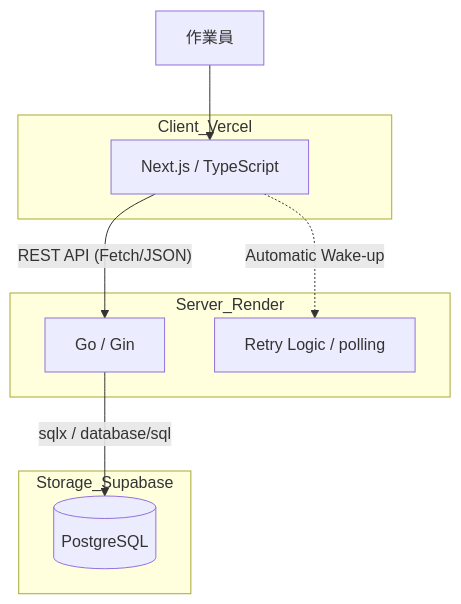
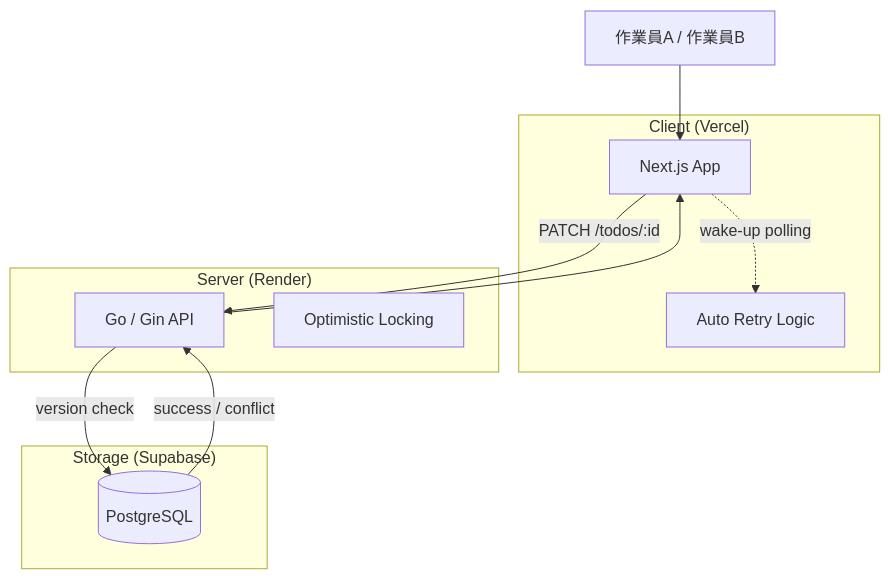
The first of 2 diagrams in README.md (Everybodyhappyok4416/standard-operating-procedures), drawn with Mermaid before and after one commit. The commit also changed other lines of this file and 7 other files, not shown here.

````diff
--- a/README.md
+++ b/README.md
@@ -27,20 +35,23 @@
 ```mermaid
 graph TD
-    subgraph Client_Vercel
-        FE[Next.js / TypeScript]
+    subgraph "Client (Vercel)"
+        FE[Next.js App]
+        Retry[Auto Retry Logic]
     end
 
-    subgraph Server_Render
-        BE[Go / Gin]
-        RE[Retry Logic / polling]
+    subgraph "Server (Render)"
+        BE[Go / Gin API]
+        Lock[Optimistic Locking]
     end
 
-    subgraph Storage_Supabase
+    subgraph "Storage (Supabase)"
         DB[(PostgreSQL)]
     end
 
-    User[作業員] --> FE
-    FE -- "REST API (Fetch/JSON)" --> BE
-    FE -. "Automatic Wake-up" .-> RE
-    BE -- "sqlx / database/sql" --> DB
+    User[作業員A / 作業員B] --> FE
+    FE -- PATCH /todos/:id --> BE
+    BE -- version check --> DB
+    DB -- success / conflict --> BE
+    BE --> FE
+    FE -. wake-up polling .-> Retry
 ```
````
